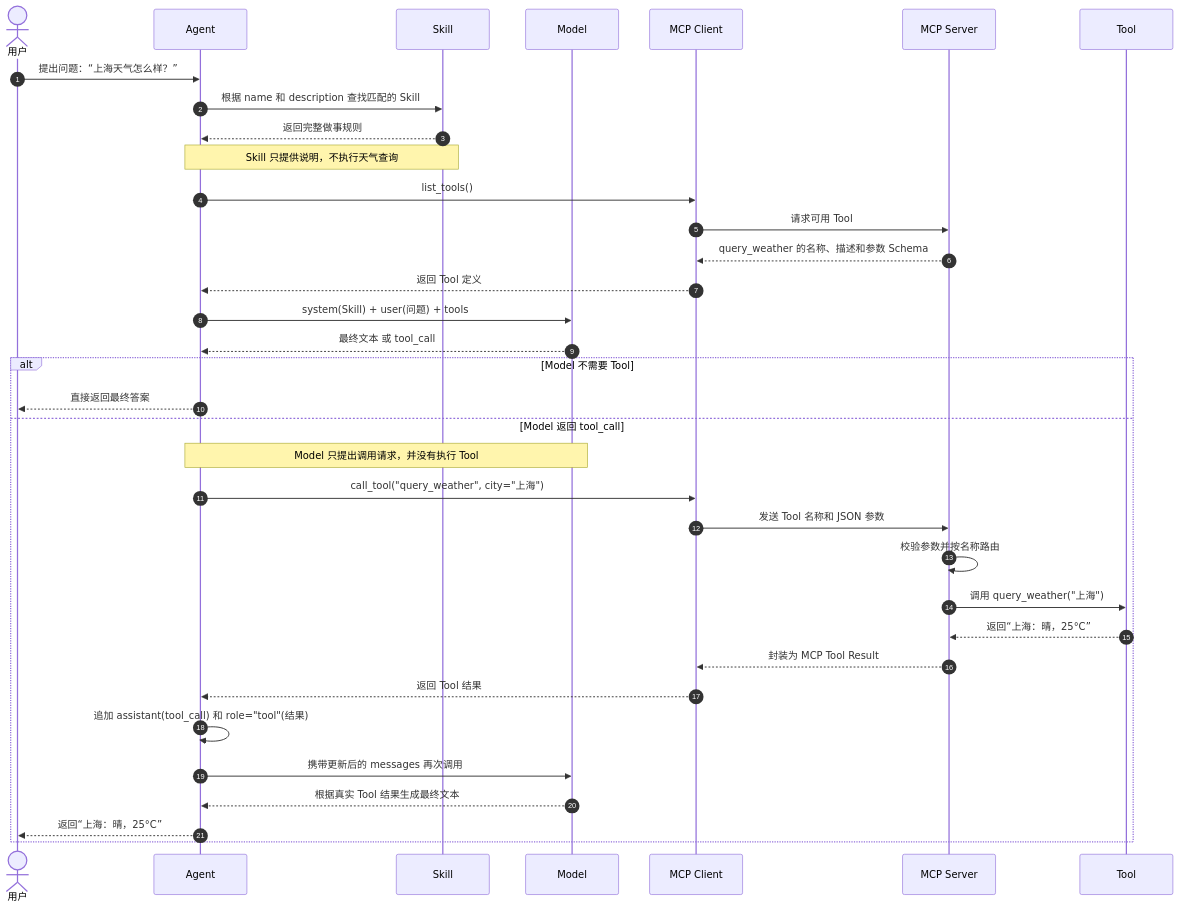
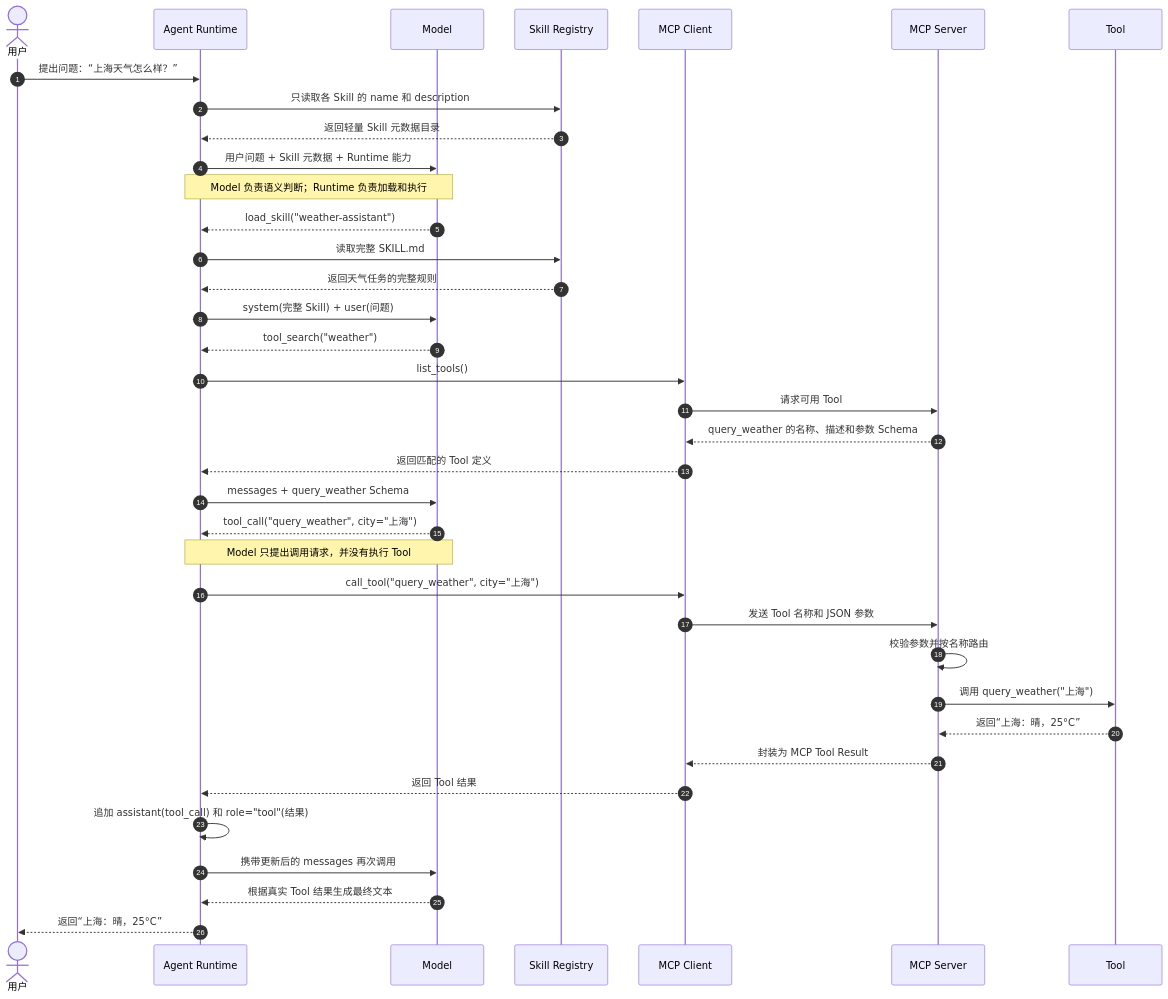
The diagram in README.md (duzitian-code/AgentPractice), drawn with Mermaid before and after one commit. The commit also changed other lines of this file and 1 other file, not shown here.

Commit message:
Teach realistic Agent runtime lifecycle

````diff
--- a/README.md
+++ b/README.md
@@ -19,42 +19,44 @@
 ```mermaid
 sequenceDiagram
     autonumber
     actor U as 用户
-    participant A as Agent
-    participant S as Skill
+    participant R as Agent Runtime
     participant M as Model
+    participant S as Skill Registry
     participant C as MCP Client
     participant P as MCP Server
     participant T as Tool
 
-    U->>A: 提出问题：“上海天气怎么样？”
-    A->>S: 根据 name 和 description 查找匹配的 Skill
-    S-->>A: 返回完整做事规则
-    Note over A,S: Skill 只提供说明，不执行天气查询
+    U->>R: 提出问题：“上海天气怎么样？”
+    R->>S: 只读取各 Skill 的 name 和 description
+    S-->>R: 返回轻量 Skill 元数据目录
+    R->>M: 用户问题 + Skill 元数据 + Runtime 能力
+    Note over R,M: Model 负责语义判断；Runtime 负责加载和执行
+    M-->>R: load_skill("weather-assistant")
 
-    A->>C: list_tools()
+    R->>S: 读取完整 SKILL.md
+    S-->>R: 返回天气任务的完整规则
+    R->>M: system(完整 Skill) + user(问题)
+    M-->>R: tool_search("weather")
+
+    R->>C: list_tools()
     C->>P: 请求可用 Tool
     P-->>C: query_weather 的名称、描述和参数 Schema
-    C-->>A: 返回 Tool 定义
+    C-->>R: 返回匹配的 Tool 定义
+    R->>M: messages + query_weather Schema
+    M-->>R: tool_call("query_weather", city="上海")
 
-    A->>M: system(Skill) + user(问题) + tools
-    M-->>A: 最终文本 或 tool_call
+    Note over R,M: Model 只提出调用请求，并没有执行 Tool
+    R->>C: call_tool("query_weather", city="上海")
+    C->>P: 发送 Tool 名称和 JSON 参数
+    P->>P: 校验参数并按名称路由
+    P->>T: 调用 query_weather("上海")
+    T-->>P: 返回“上海：晴，25°C”
+    P-->>C: 封装为 MCP Tool Result
+    C-->>R: 返回 Tool 结果
 
-    alt Model 不需要 Tool
-        A-->>U: 直接返回最终答案
-    else Model 返回 tool_call
-        Note over A,M: Model 只提出调用请求，并没有执行 Tool
-        A->>C: call_tool("query_weather", city="上海")
-        C->>P: 发送 Tool 名称和 JSON 参数
-        P->>P: 校验参数并按名称路由
-        P->>T: 调用 query_weather("上海")
-        T-->>P: 返回“上海：晴，25°C”
-        P-->>C: 封装为 MCP Tool Result
-        C-->>A: 返回 Tool 结果
-
-        A->>A: 追加 assistant(tool_call) 和 role="tool"(结果)
-        A->>M: 携带更新后的 messages 再次调用
-        M-->>A: 根据真实 Tool 结果生成最终文本
-        A-->>U: 返回“上海：晴，25°C”
-    end
+    R->>R: 追加 assistant(tool_call) 和 role="tool"(结果)
+    R->>M: 携带更新后的 messages 再次调用
+    M-->>R: 根据真实 Tool 结果生成最终文本
+    R-->>U: 返回“上海：晴，25°C”
 ```
````
